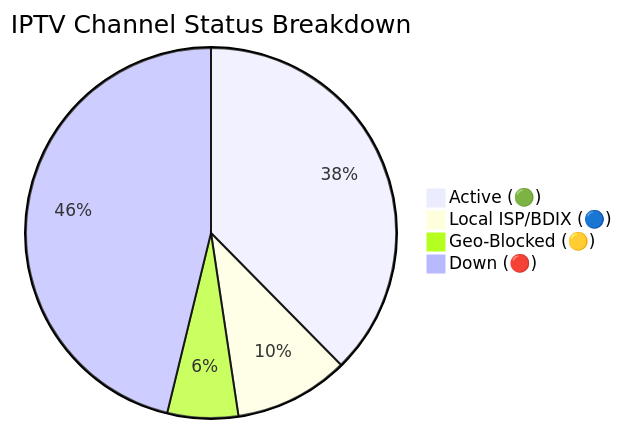
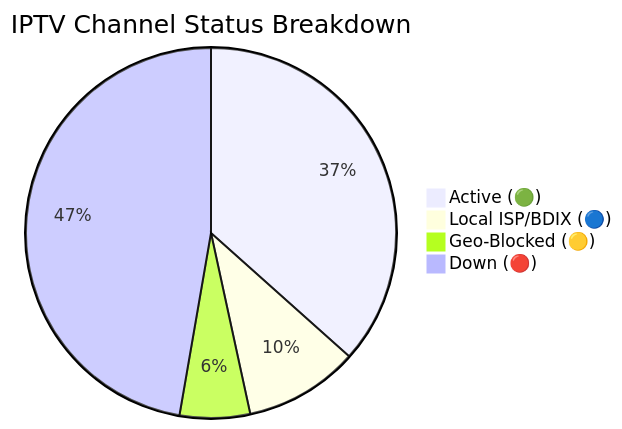
The diagram in README.md (andreataylord/Ip-tv-Collection), drawn with Mermaid before and after one commit. The commit also changed other lines of this file and 3 other files, not shown here.

````diff
--- a/README.md
+++ b/README.md
@@ -59,7 +59,7 @@
 ```mermaid
 pie title IPTV Channel Status Breakdown
-    "Active (🟢)" : 2972
-    "Local ISP/BDIX (🔵)" : 791
-    "Geo-Blocked (🟡)" : 488
-    "Down (🔴)" : 3650
+    "Active (🟢)" : 2877
+    "Local ISP/BDIX (🔵)" : 786
+    "Geo-Blocked (🟡)" : 482
+    "Down (🔴)" : 3716
 ```
````
